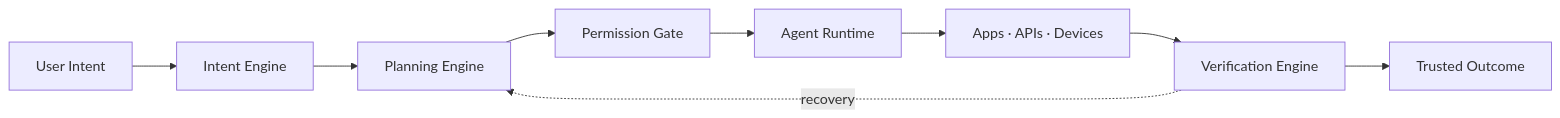
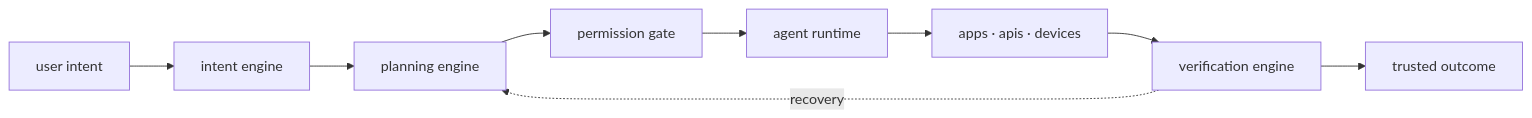
The diagram in README.md (cmdOSxyz/foundation), drawn with Mermaid before and after one commit. The commit also changed other lines of this file and 6 other files, not shown here.

````diff
--- a/README.md
+++ b/README.md
@@ -183,11 +131,11 @@
 ```mermaid
 flowchart LR
-    U[User Intent] --> I[Intent Engine]
-    I --> P[Planning Engine]
-    P --> G[Permission Gate]
-    G --> R[Agent Runtime]
-    R --> T[Apps · APIs · Devices]
-    T --> V[Verification Engine]
-    V --> O[Trusted Outcome]
+    U[user intent] --> I[intent engine]
+    I --> P[planning engine]
+    P --> G[permission gate]
+    G --> R[agent runtime]
+    R --> T[apps · apis · devices]
+    T --> V[verification engine]
+    V --> O[trusted outcome]
     V -. recovery .-> P
 ```
````
